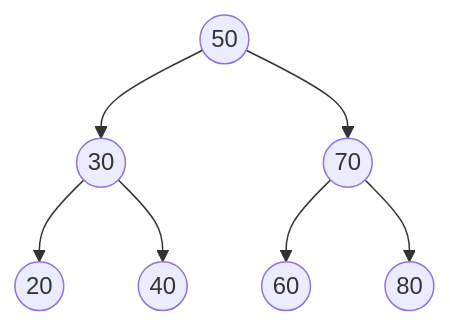
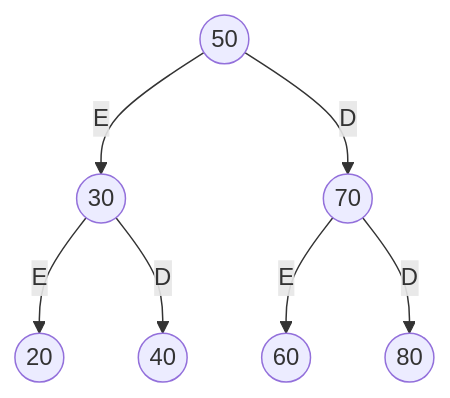
The diagram in content/enade/estruturas-de-dados/arvores.md (pedrotescaro/Stacklyst), drawn with Mermaid before and after one commit. The commit also changed other lines of this file and 84 other files, not shown here.

Commit message:
feat(enade): redraw study library diagrams

````diff
--- a/content/enade/estruturas-de-dados/arvores.md
+++ b/content/enade/estruturas-de-dados/arvores.md
@@ -104,9 +106,9 @@
-```mermaid Árvore binária de busca
-flowchart TD
-  A((50)) --> B((30))
-  A --> C((70))
-  B --> D((20))
-  B --> E((40))
-  C --> F((60))
-  C --> G((80))
+```mermaid Ordem das chaves na ABB
+flowchart TB
+  R((50)) -->|"E"| A((30))
+  R -->|"D"| B((70))
+  A -->|"E"| C((20))
+  A -->|"D"| D((40))
+  B -->|"E"| E((60))
+  B -->|"D"| F((80))
 ```
````
